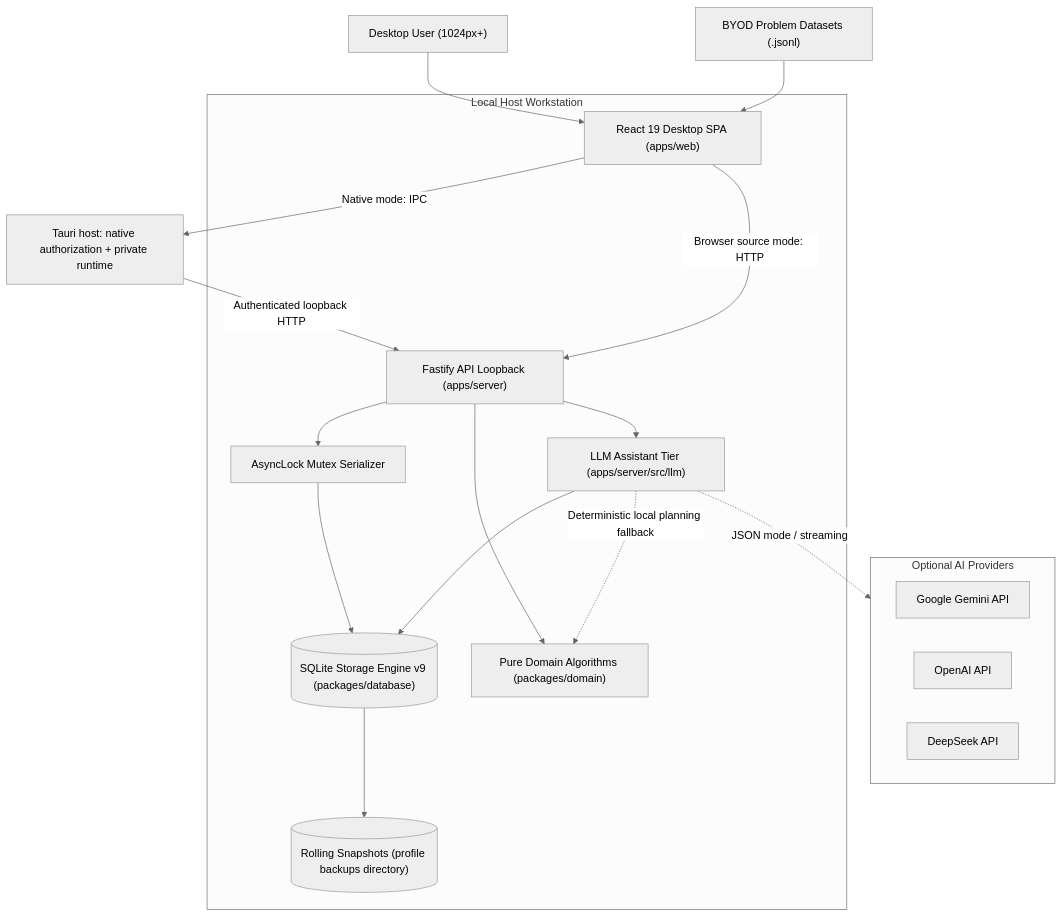
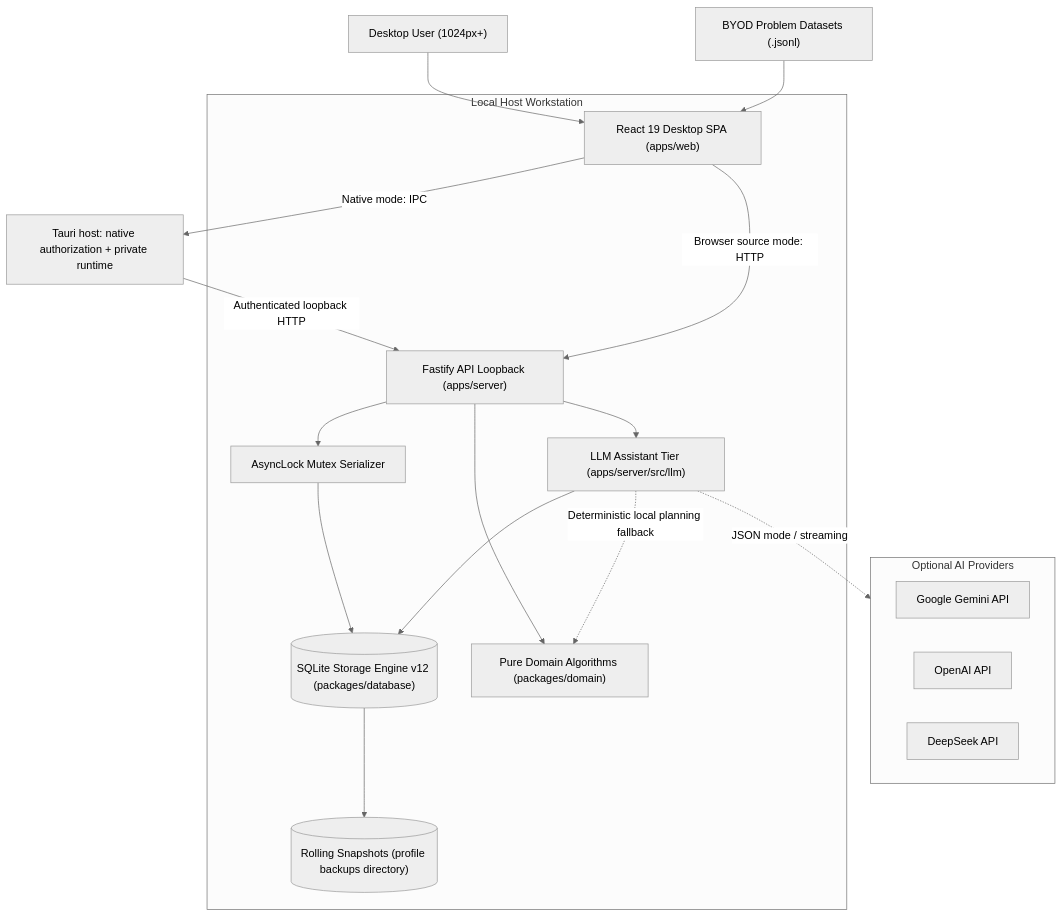
Before and after one commit to Yide-Milo-Li/LeetCode-Tracker: the diagram in docs/architecture.md, drawn with Mermaid (neutral theme). The commit also changed other lines of this file and 64 other files, not shown here.

````diff
--- a/docs/architecture.md
+++ b/docs/architecture.md
@@ -9,36 +9,36 @@
 ```mermaid
 flowchart TD
     User["Desktop User (1024px+)"]
     Tauri["Tauri host: native authorization + private runtime"]
     JSONL["BYOD Problem Datasets (.jsonl)"]
 
     subgraph Host ["Local Host Workstation"]
         Web["React 19 Desktop SPA (apps/web)"]
         Server["Fastify API Loopback (apps/server)"]
         AsyncLock["AsyncLock Mutex Serializer"]
         Domain["Pure Domain Algorithms (packages/domain)"]
-        DB[("SQLite Storage Engine v9 (packages/database)")]
+        DB[("SQLite Storage Engine v12 (packages/database)")]
         Backups[("Rolling Snapshots (profile backups directory)")]
         LLMAssistant["LLM Assistant Tier (apps/server/src/llm)"]
     end
 
     subgraph Providers ["Optional AI Providers"]
         Gemini["Google Gemini API"]
         OpenAI["OpenAI API"]
         DeepSeek["DeepSeek API"]
     end
 
     User --> Web
     JSONL --> Web
     Web -->|"Native mode: IPC"| Tauri
     Tauri -->|"Authenticated loopback HTTP"| Server
     Web -->|"Browser source mode: HTTP"| Server
     Server --> AsyncLock
     Server --> Domain
     Server --> LLMAssistant
     AsyncLock --> DB
     DB --> Backups
     LLMAssistant --> DB
     LLMAssistant -.->|"JSON mode / streaming"| Providers
     LLMAssistant -.->|"Deterministic local planning fallback"| Domain
 ```
````
